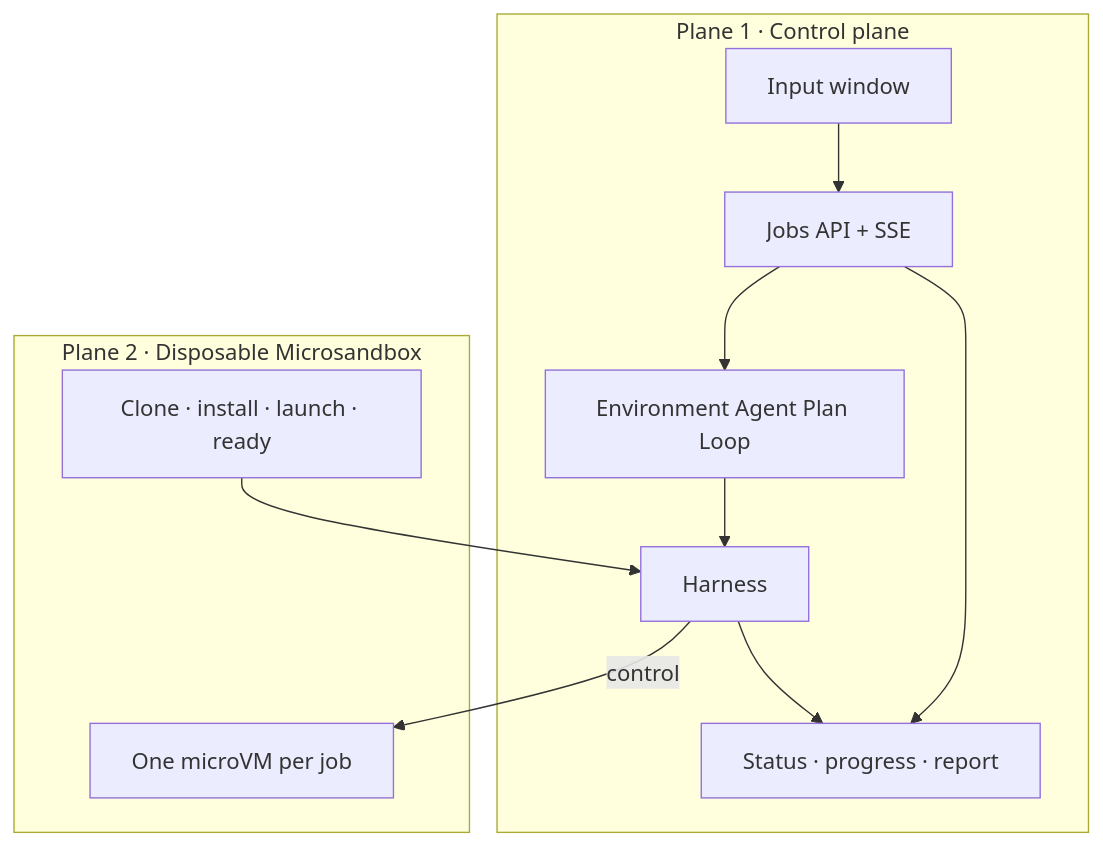
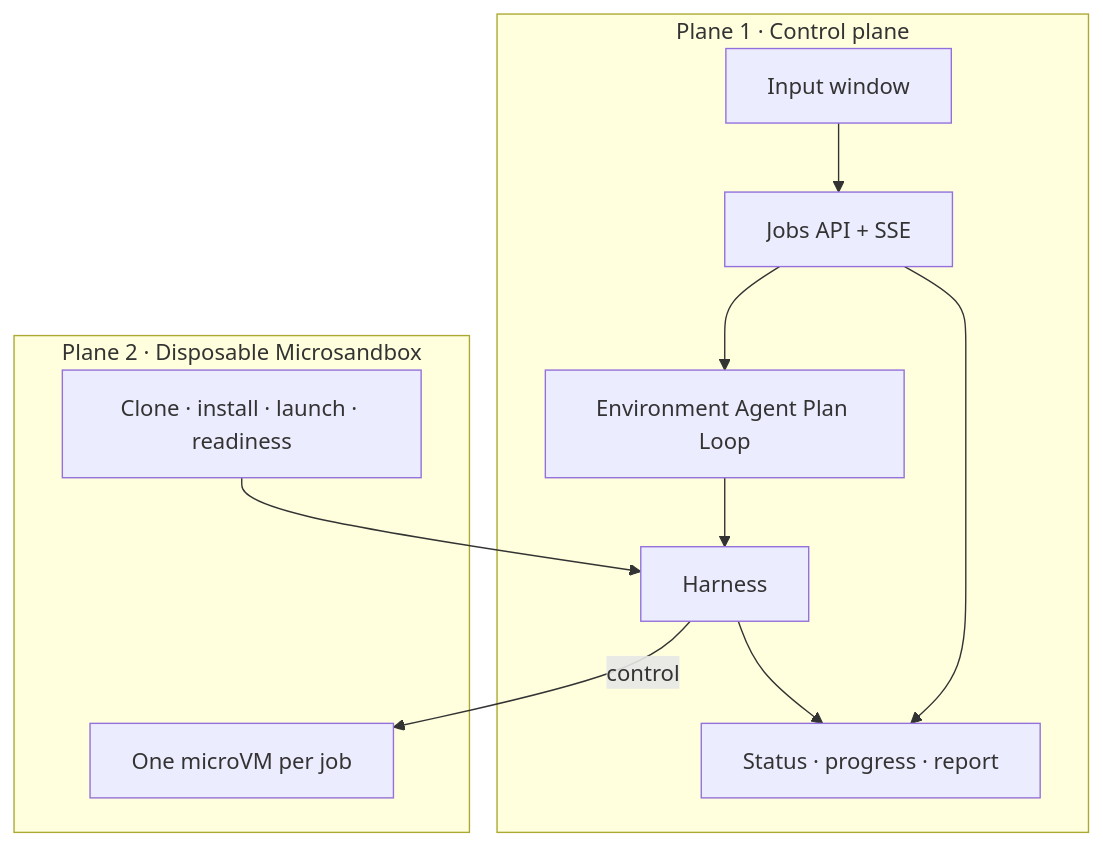
The first of 6 diagrams in ARCHITECTURE.md (ludvigodin/killhub), drawn with Mermaid before and after one commit. The commit also changed other lines of this file and 10 other files, not shown here.

Commit message:
Update AGENTS.md, API.md, ARCHITECTURE.md, DATABASE.md, and IMPLEMENTATION files

````diff
--- a/ARCHITECTURE.md
+++ b/ARCHITECTURE.md
@@ -40,23 +40,23 @@
 ```mermaid
 flowchart TB
   subgraph plane1 ["Plane 1 · Control plane"]
     Input["Input window"]
     Jobs["Jobs API + SSE"]
     Loop["Environment Agent Plan Loop"]
     Harness["Harness"]
     Status["Status · progress · report"]
   end
 
   subgraph plane2 ["Plane 2 · Disposable Microsandbox"]
     VM["One microVM per job"]
-    Run["Clone · install · launch · ready"]
+    Run["Clone · install · launch · readiness"]
   end
 
   Input --> Jobs
   Jobs --> Loop
   Loop --> Harness
   Harness -->|"control"| VM
   Run --> Harness
   Harness --> Status
   Jobs --> Status
 ```
````
